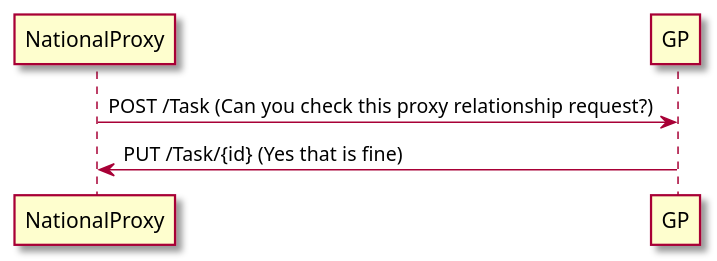
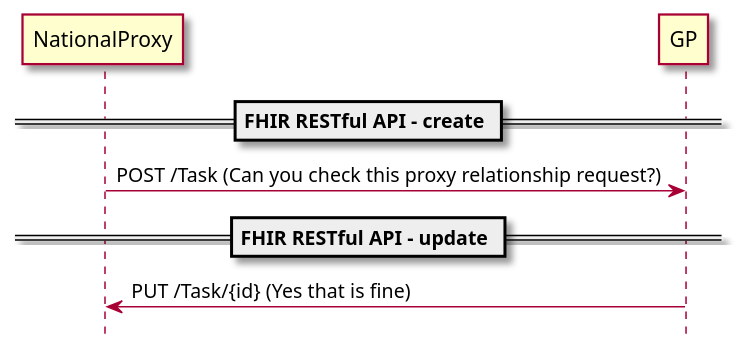
The diagram in input/images-source/national-proxy-service-sequence-diagram-fhir.plantuml (NHSDigital/interoperability-standards-documentation), drawn with PlantUML before and after one commit. The commit also changed 6 other files, not shown here.

Commit message:
Added warning around PDS RelatedPerson schema differing from FHIR base

```diff
--- a/input/images-source/national-proxy-service-sequence-diagram-fhir.plantuml
+++ b/input/images-source/national-proxy-service-sequence-diagram-fhir.plantuml
@@ -1,8 +1,15 @@
 @startuml
 
 skin rose
 
+hide footbox
+
+== FHIR RESTful API - create ==
+
 NationalProxy -> GP: POST /Task (Can you check this proxy relationship request?)
+
+== FHIR RESTful API - update ==
+
 GP -> NationalProxy: PUT /Task/{id} (Yes that is fine)
 
 @enduml
```
